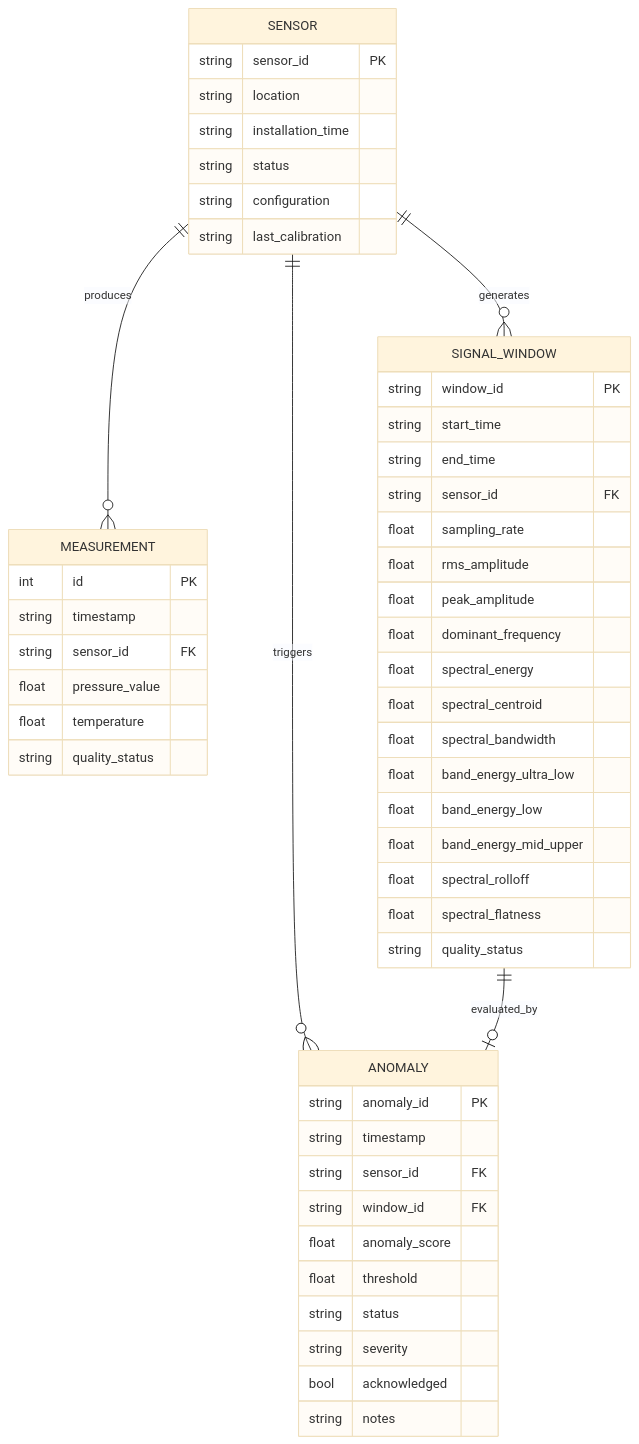
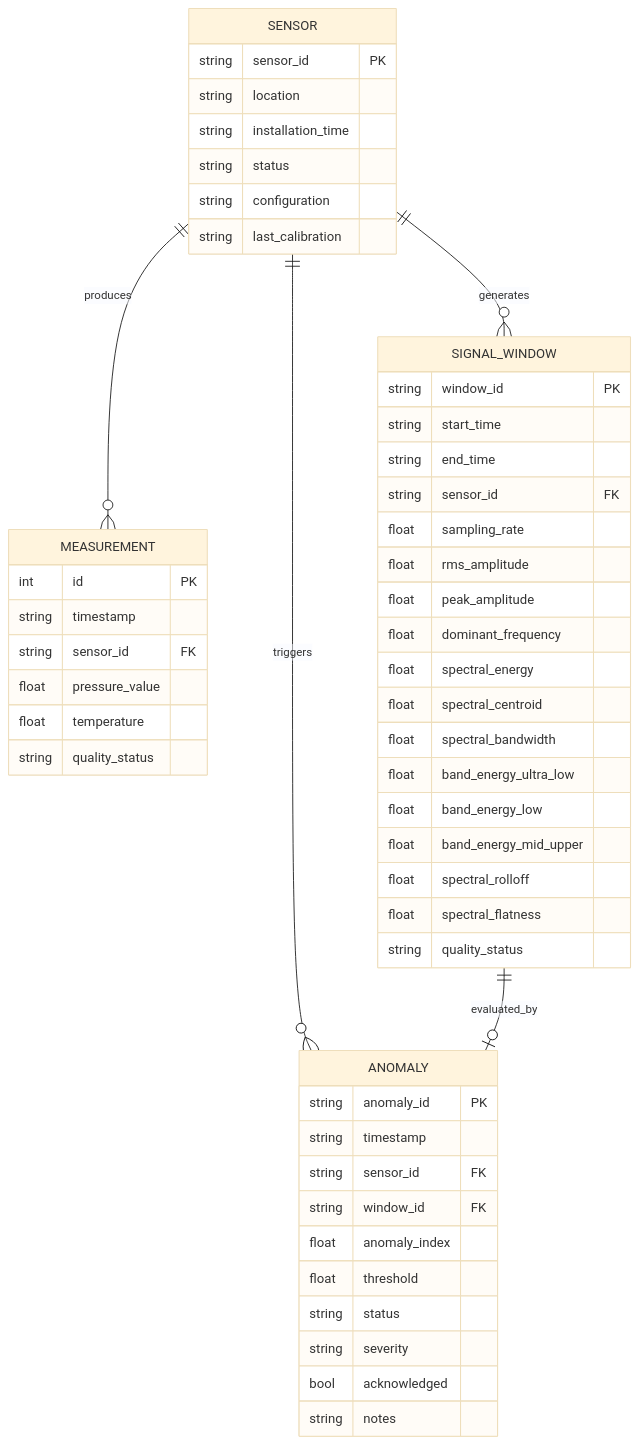
The diagram in 07-data/data-model.md (akhilsoigama/infra_socket), drawn with Mermaid (base theme) before and after one commit. The commit also changed other lines of this file and 43 other files, not shown here.

````diff
--- a/07-data/data-model.md
+++ b/07-data/data-model.md
@@ -5,58 +5,58 @@
 ```mermaid
 erDiagram
     SENSOR ||--o{ MEASUREMENT : "produces"
     SENSOR ||--o{ SIGNAL_WINDOW : "generates"
     SENSOR ||--o{ ANOMALY : "triggers"
     SIGNAL_WINDOW ||--o| ANOMALY : "evaluated_by"
 
     SENSOR {
         string sensor_id PK
         string location
         string installation_time
         string status
         string configuration
         string last_calibration
     }
 
     MEASUREMENT {
         int id PK
         string timestamp
         string sensor_id FK
         float pressure_value
         float temperature
         string quality_status
     }
 
     SIGNAL_WINDOW {
         string window_id PK
         string start_time
         string end_time
         string sensor_id FK
         float sampling_rate
         float rms_amplitude
         float peak_amplitude
         float dominant_frequency
         float spectral_energy
         float spectral_centroid
         float spectral_bandwidth
         float band_energy_ultra_low
         float band_energy_low
         float band_energy_mid_upper
         float spectral_rolloff
         float spectral_flatness
         string quality_status
     }
 
     ANOMALY {
         string anomaly_id PK
         string timestamp
         string sensor_id FK
         string window_id FK
-        float anomaly_score
+        float anomaly_index
         float threshold
         string status
         string severity
         bool acknowledged
         string notes
     }
 ```
````
